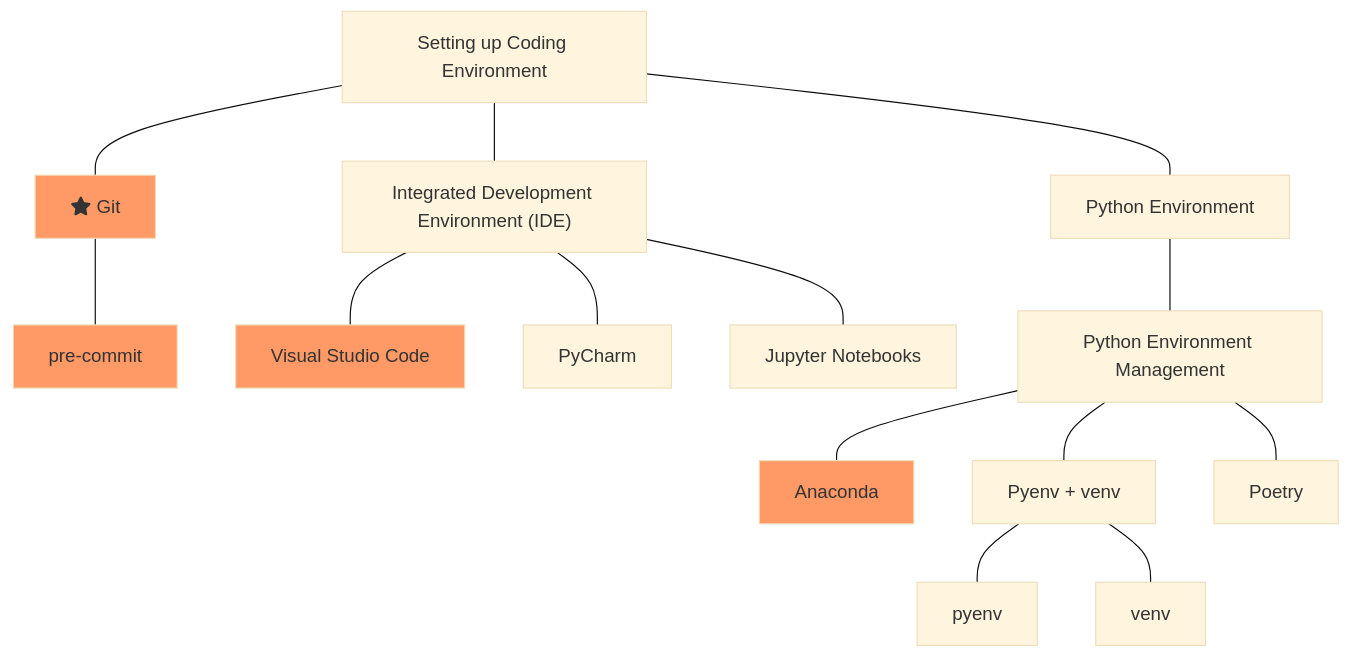
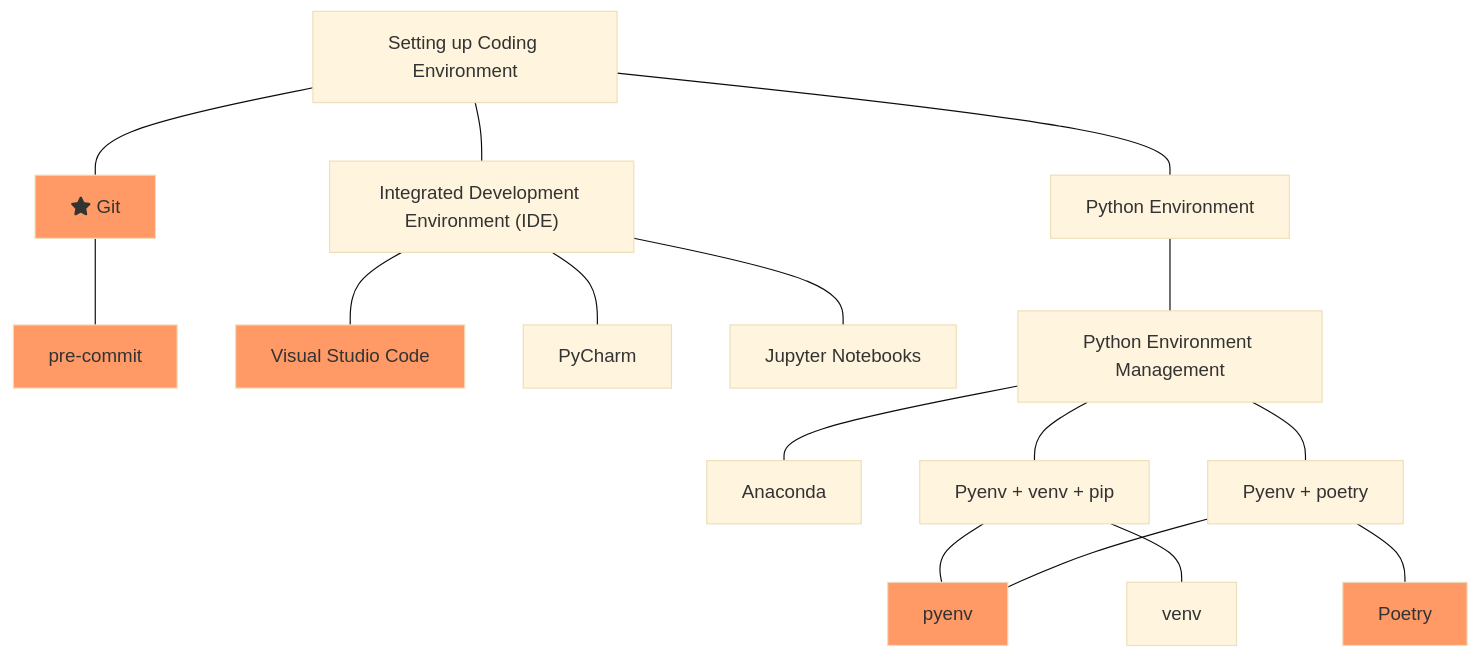
The diagram in dl/engineering/index.md (emptymalei/deep-learning), drawn with Mermaid (base theme) before and after one commit. The commit also changed other lines of this file, not shown here.

Commit message:
small adjustment in coding tips

````diff
--- a/dl/engineering/index.md
+++ b/dl/engineering/index.md
@@ -28,46 +28,50 @@
     ```mermaid
     flowchart TD
     classDef highlight fill:#f96;
 
     env["Setting up Coding Environment"]
     git["fa:fa-star Git"]:::highlight
     precommit["pre-commit"]:::highlight
     ide["Integrated Development Environment (IDE)"]
     vscode["Visual Studio Code"]:::highlight
     pycharm["PyCharm"]
     jupyter["Jupyter Notebooks"]
     python["Python Environment"]
     py_env["Python Environment Management"]
-    conda["Anaconda"]:::highlight
-    pyenv_venv["Pyenv + venv"]
-    poetry["Poetry"]
-    pyenv["pyenv"]
+    conda["Anaconda"]
+    pyenv_venv["Pyenv + venv + pip"]
+    pyenv_poetry["Pyenv + poetry"]
+    poetry["Poetry"]:::highlight
+    pyenv["pyenv"]:::highlight
     venv["venv"]
 
     click git "https://git-scm.com/" "Git"
     click precommit "https://pre-commit.com/" "pre-commit"
     click vscode "https://code.visualstudio.com/" "Visual Studio Code"
     click jupyter "https://jupyter.org/" "Jupyter Lab"
     click pycharm "https://www.jetbrains.com/pycharm/" "PyCharm"
     click conda "https://www.anaconda.com/" "Anaconda"
     click pyenv "https://github.com/pyenv/pyenv" "pyenv"
     click venv "https://docs.python.org/3/library/venv.html" "venv"
     click poetry "https://python-poetry.org/" "poetry"
 
     env --- git
     git --- precommit
 
     env --- ide
     ide --- vscode
     ide --- jupyter
     ide --- pycharm
 
     env --- python
     python --- py_env
     py_env --- conda
     py_env --- pyenv_venv
-    py_env --- poetry
+    py_env --- pyenv_poetry
 
     pyenv_venv --- pyenv
     pyenv_venv --- venv
+
+    pyenv_poetry --- pyenv
+    pyenv_poetry --- poetry
     ```
````
